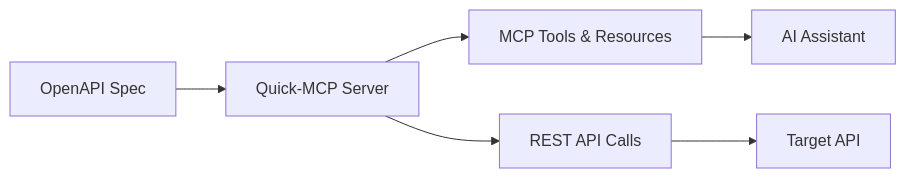
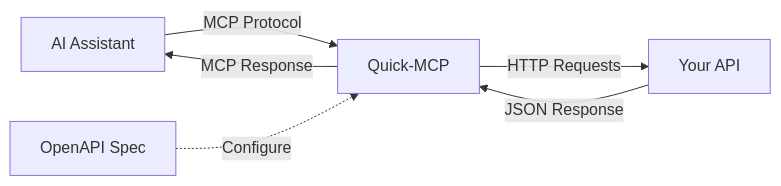
The diagram in README.md (wycats/quick-mcp), drawn with Mermaid before and after one commit. The commit also changed other lines of this file and 22 other files, not shown here.

````diff
--- a/README.md
+++ b/README.md
@@ -83,8 +120,9 @@
 ```mermaid
 graph LR
-    A[OpenAPI Spec] --> B[Quick-MCP Server]
-    B --> C[MCP Tools & Resources]
-    C --> D[AI Assistant]
-    B --> E[REST API Calls]
-    E --> F[Target API]
+    A[AI Assistant] -->|MCP Protocol| B[Quick-MCP]
+    B -->|HTTP Requests| C[Your API]
+    C -->|JSON Response| B
+    B -->|MCP Response| A
+    
+    D[OpenAPI Spec] -.->|Configure| B
 ```
````
